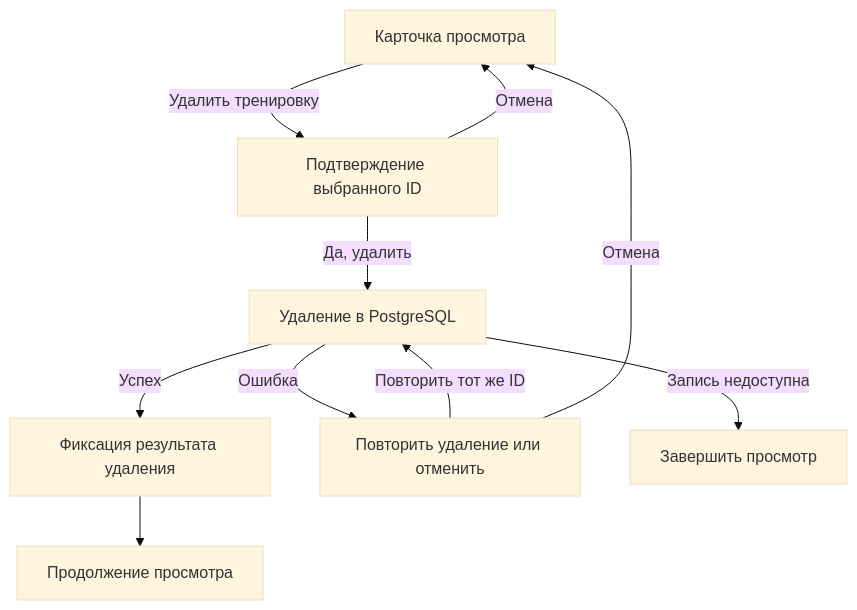
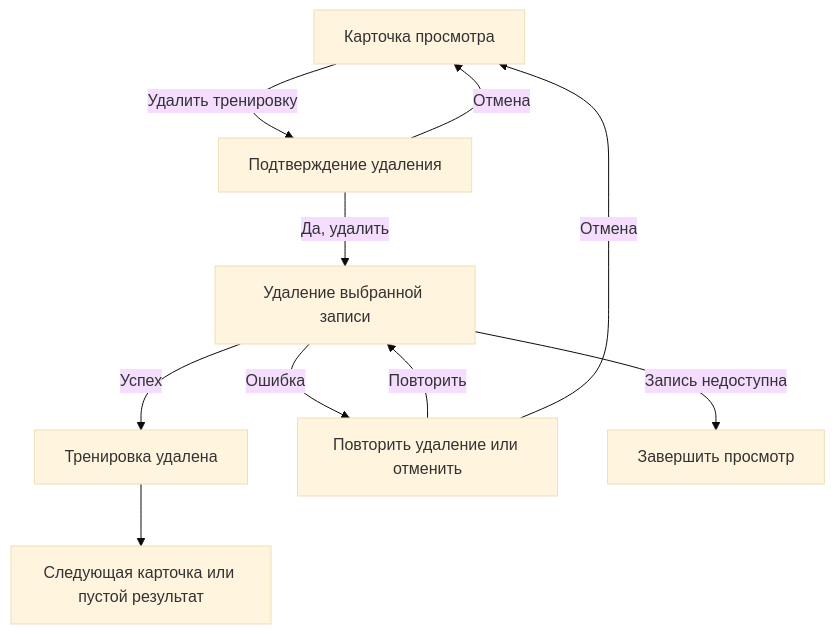
The third of 3 diagrams in docs/user-flows.md (MaksimBidylo/morning_pilates_bot), drawn with Mermaid (base theme) before and after one commit. The commit also changed other lines of this file and 4 other files, not shown here.

````diff
--- a/docs/user-flows.md
+++ b/docs/user-flows.md
@@ -185,12 +174,12 @@
 ```mermaid
 flowchart TD
-    A["Карточка просмотра"] -->|Удалить тренировку| B["Подтверждение выбранного ID"]
+    A["Карточка просмотра"] -->|Удалить тренировку| B["Подтверждение удаления"]
     B -->|Отмена| A
-    B -->|Да, удалить| C["Удаление в PostgreSQL"]
-    C -->|Успех| D["Фиксация результата удаления"]
-    D --> E["Продолжение просмотра"]
+    B -->|Да, удалить| C["Удаление выбранной записи"]
+    C -->|Успех| D["Тренировка удалена"]
+    D --> E["Следующая карточка или пустой результат"]
     C -->|Ошибка| F["Повторить удаление или отменить"]
-    F -->|Повторить тот же ID| C
+    F -->|Повторить| C
     F -->|Отмена| A
     C -->|Запись недоступна| G["Завершить просмотр"]
 ```
````
